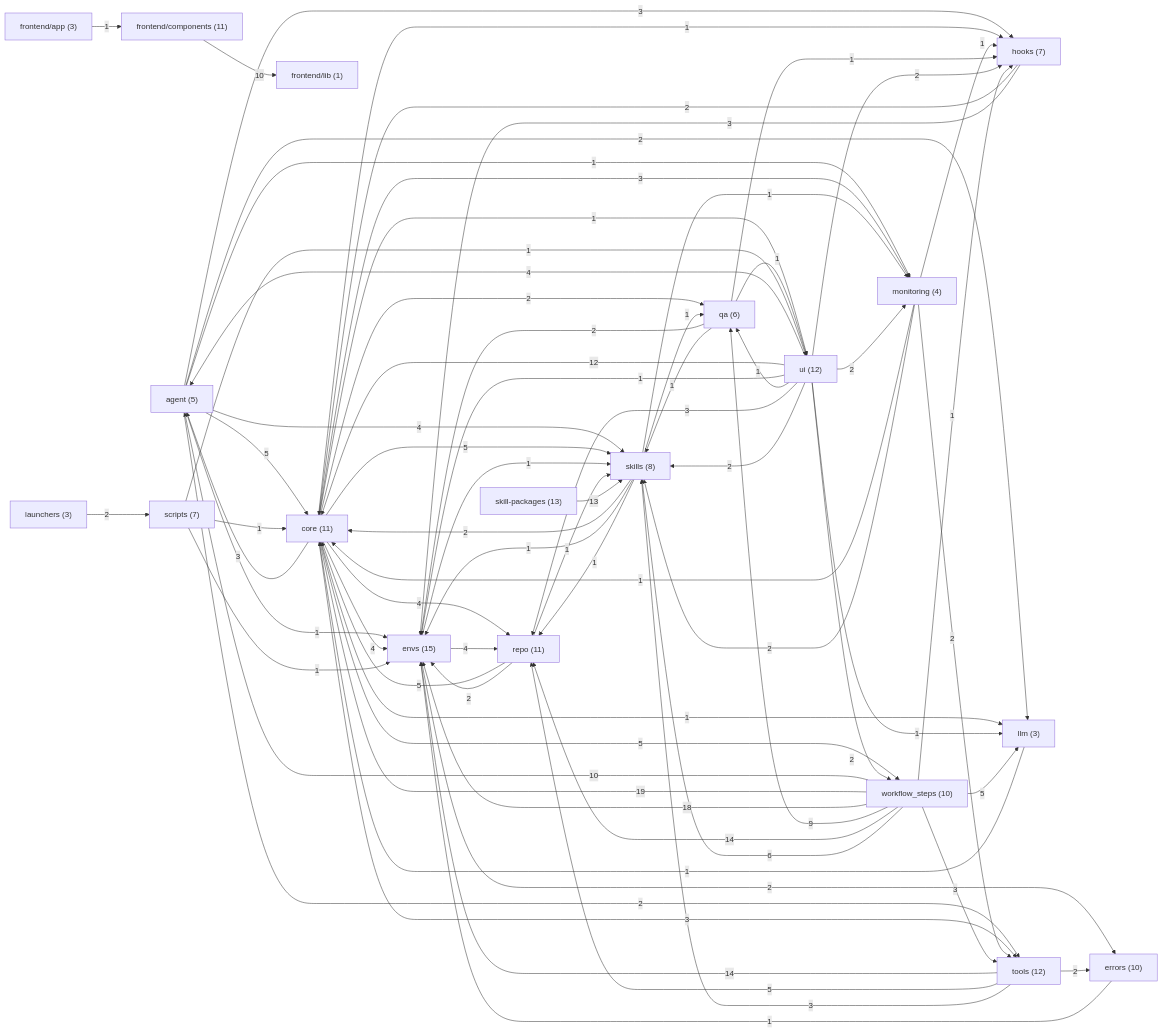
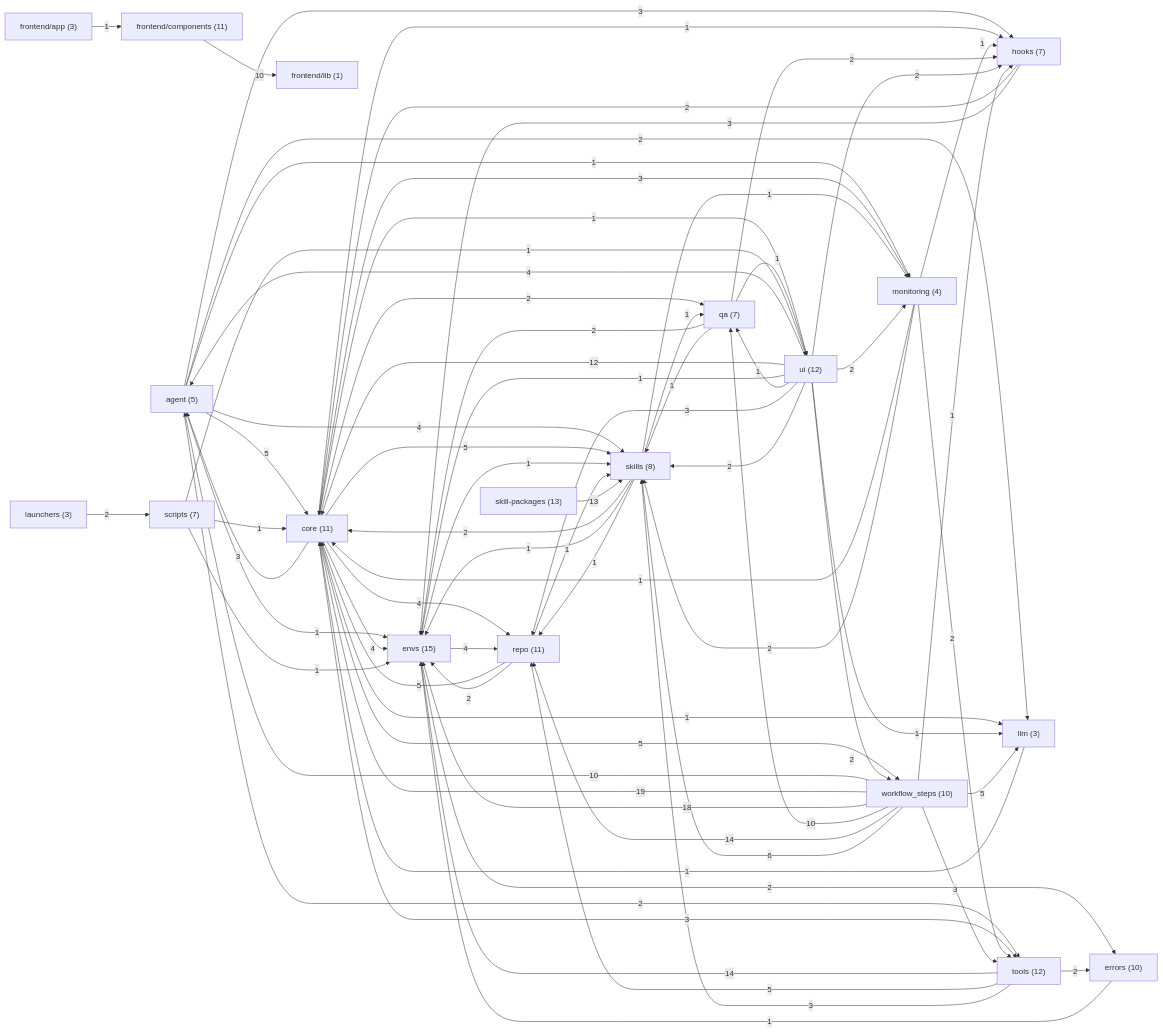
The second of 21 diagrams in docs/ARCHITECTURE_MAP.md (sarveshtalele/maf-harness-testing), drawn with Mermaid before and after one commit. The commit also changed other lines of this file and 3 other files, not shown here.

```diff
--- a/docs/ARCHITECTURE_MAP.md
+++ b/docs/ARCHITECTURE_MAP.md
@@ -70,7 +70,7 @@
   g8["launchers (3)"]
   g9["llm (3)"]
   g10["monitoring (4)"]
-  g11["qa (6)"]
+  g11["qa (7)"]
   g12["repo (11)"]
   g13["scripts (7)"]
   g14["skill-packages (13)"]
@@ -111,7 +111,7 @@
   g10 -->|2| g15
   g10 -->|2| g16
   g11 -->|2| g2
-  g11 -->|1| g7
+  g11 -->|2| g7
   g11 -->|1| g15
   g11 -->|1| g17
   g12 -->|5| g1
@@ -145,7 +145,7 @@
   g18 -->|18| g2
   g18 -->|1| g7
   g18 -->|5| g9
-  g18 -->|9| g11
+  g18 -->|10| g11
   g18 -->|14| g12
   g18 -->|6| g15
   g18 -->|3| g16
```
